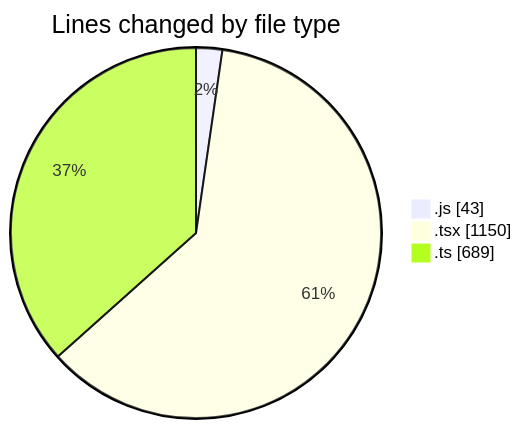
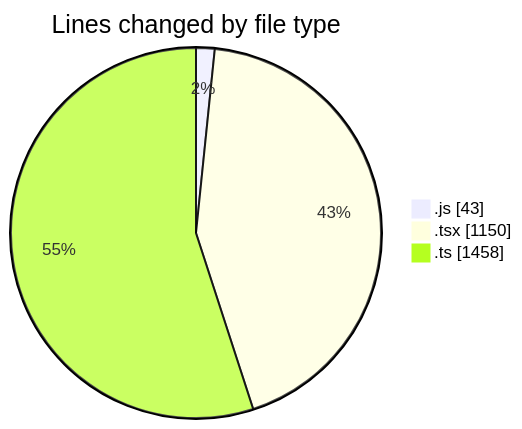
The first of 2 diagrams in 2026-03-09/cda/README.md (momahboobian/code-tracking), drawn with Mermaid before and after one commit. The commit also changed other lines of this file and 1 other file, not shown here.

````diff
--- a/2026-03-09/cda/README.md
+++ b/2026-03-09/cda/README.md
@@ -31,7 +32,7 @@
 ```mermaid
 pie showData
 title Lines changed by file type
 ".js" : 43
 ".tsx" : 1150
-".ts" : 689
+".ts" : 1458
 ```
````
